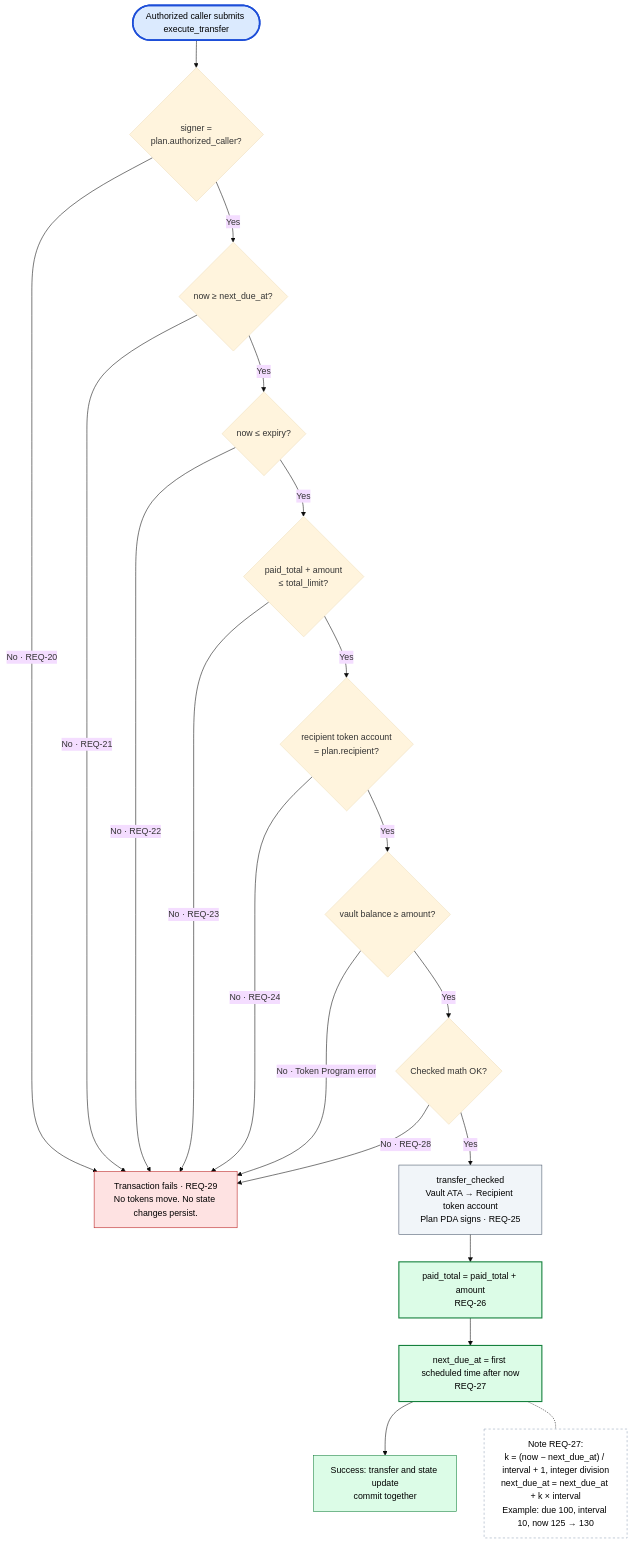
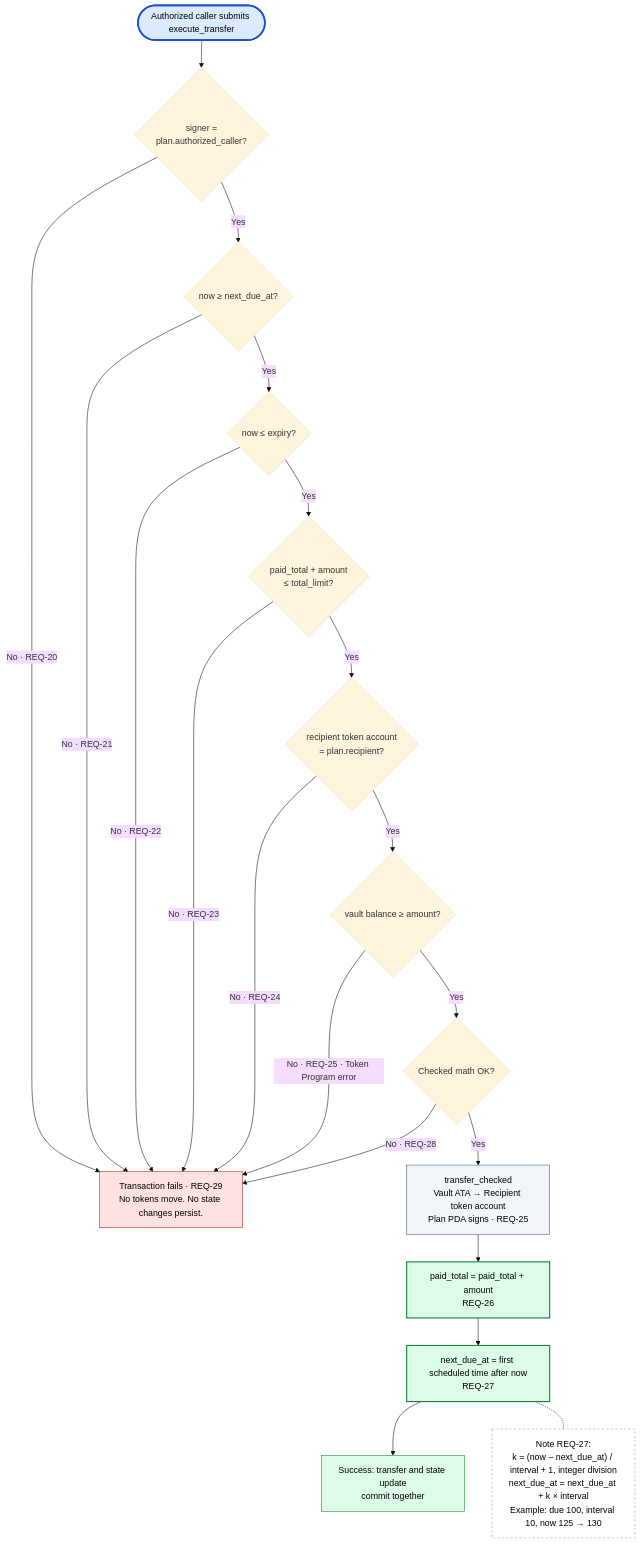
Before and after one commit to ToXMon/bounded-payments: the fourth of 5 diagrams in docs/architecture.md, drawn with Mermaid (base theme). The commit also changed other lines of this file and 7 other files, not shown here.

````diff
--- a/docs/architecture.md
+++ b/docs/architecture.md
@@ -274,42 +294,42 @@
 ```mermaid
 flowchart TD
   S(["Authorized caller submits execute_transfer"]):::signer
   D1{"signer =<br/>plan.authorized_caller?"}
   D2{"now ≥ next_due_at?"}
   D3{"now ≤ expiry?"}
   D4{"paid_total + amount<br/>≤ total_limit?"}
   D5{"recipient token account<br/>= plan.recipient?"}
   D6{"vault balance ≥ amount?"}
   D7{"Checked math OK?"}
   T["transfer_checked<br/>Vault ATA → Recipient token account<br/>Plan PDA signs · REQ-25"]:::token
   U1["paid_total = paid_total + amount<br/>REQ-26"]:::pda
   U2["next_due_at = first scheduled time after now<br/>REQ-27"]:::pda
   N["Note REQ-27:<br/>k = (now − next_due_at) / interval + 1, integer division<br/>next_due_at = next_due_at + k × interval<br/>Example: due 100, interval 10, now 125 → 130"]:::note
   OK["Success: transfer and state update<br/>commit together"]:::okc
   ERR["Transaction fails · REQ-29<br/>No tokens move. No state changes persist."]:::err
 
   S --> D1
   D1 -->|"No · REQ-20"| ERR
   D1 -->|Yes| D2
   D2 -->|"No · REQ-21"| ERR
   D2 -->|Yes| D3
   D3 -->|"No · REQ-22"| ERR
   D3 -->|Yes| D4
   D4 -->|"No · REQ-23"| ERR
   D4 -->|Yes| D5
   D5 -->|"No · REQ-24"| ERR
   D5 -->|Yes| D6
-  D6 -->|"No · Token Program error"| ERR
+  D6 -->|"No · REQ-25 · Token Program error"| ERR
   D6 -->|Yes| D7
   D7 -->|"No · REQ-28"| ERR
   D7 -->|Yes| T
   T --> U1 --> U2 --> OK
   U2 -.- N
 
   classDef signer fill:#dbeafe,stroke:#1d4ed8,stroke-width:3px,color:#000
   classDef pda fill:#dcfce7,stroke:#15803d,stroke-width:2px,color:#000
   classDef token fill:#f1f5f9,stroke:#475569,color:#000
   classDef err fill:#fee2e2,stroke:#b91c1c,color:#000
   classDef okc fill:#dcfce7,stroke:#15803d,color:#000
   classDef note fill:#ffffff,stroke:#94a3b8,stroke-dasharray:4 4,color:#000
 ```
````
